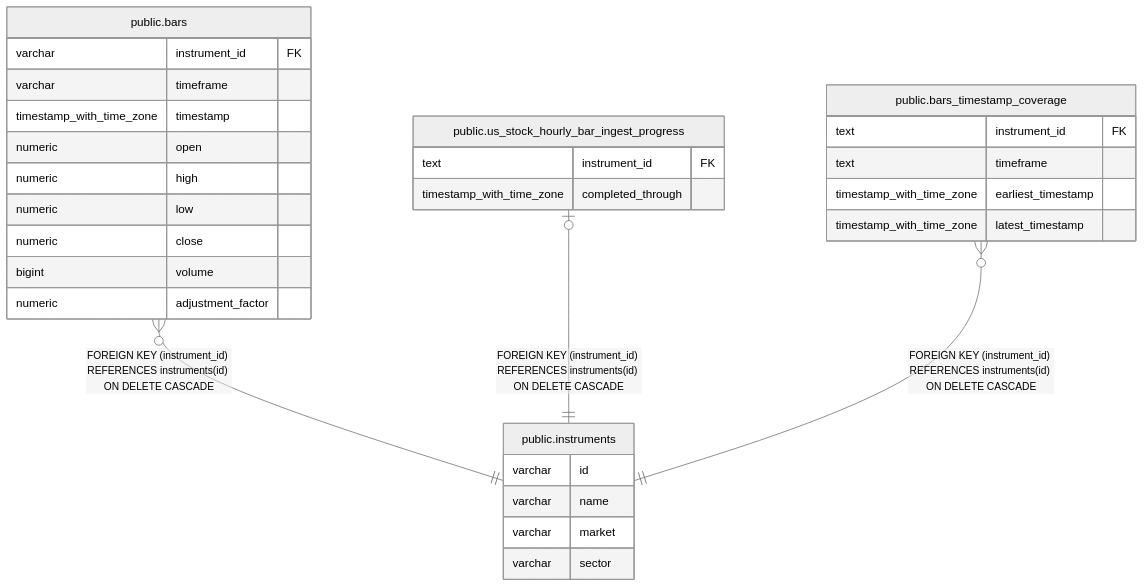
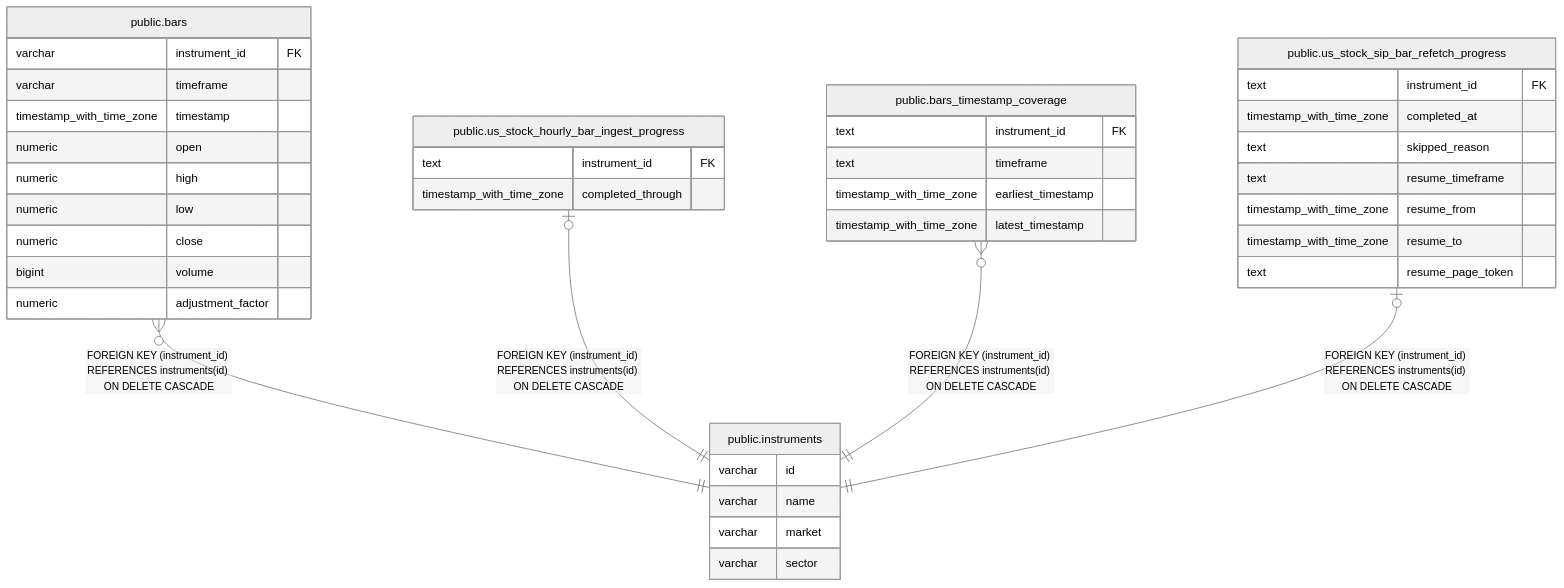
One commit to fohte/t-rader changed the diagram in backend/docs/db/public.instruments.md. Above: the diagram before and after it, drawn with Mermaid (neutral theme). The commit also changed other lines of this file and 29 other files, not shown here.

````diff
--- a/backend/docs/db/public.instruments.md
+++ b/backend/docs/db/public.instruments.md
@@ -31,35 +31,45 @@
 ```mermaid
 erDiagram
 
 "public.bars" }o--|| "public.instruments" : "FOREIGN KEY (instrument_id) REFERENCES instruments(id) ON DELETE CASCADE"
 "public.us_stock_hourly_bar_ingest_progress" |o--|| "public.instruments" : "FOREIGN KEY (instrument_id) REFERENCES instruments(id) ON DELETE CASCADE"
 "public.bars_timestamp_coverage" }o--|| "public.instruments" : "FOREIGN KEY (instrument_id) REFERENCES instruments(id) ON DELETE CASCADE"
+"public.us_stock_sip_bar_refetch_progress" |o--|| "public.instruments" : "FOREIGN KEY (instrument_id) REFERENCES instruments(id) ON DELETE CASCADE"
 
 "public.instruments" {
   varchar id
   varchar name
   varchar market
   varchar sector
 }
 "public.bars" {
   varchar instrument_id FK
   varchar timeframe
   timestamp_with_time_zone timestamp
   numeric open
   numeric high
   numeric low
   numeric close
   bigint volume
   numeric adjustment_factor
 }
 "public.us_stock_hourly_bar_ingest_progress" {
   text instrument_id FK
   timestamp_with_time_zone completed_through
 }
 "public.bars_timestamp_coverage" {
   text instrument_id FK
   text timeframe
   timestamp_with_time_zone earliest_timestamp
   timestamp_with_time_zone latest_timestamp
 }
+"public.us_stock_sip_bar_refetch_progress" {
+  text instrument_id FK
+  timestamp_with_time_zone completed_at
+  text skipped_reason
+  text resume_timeframe
+  timestamp_with_time_zone resume_from
+  timestamp_with_time_zone resume_to
+  text resume_page_token
+}
 ```
````
